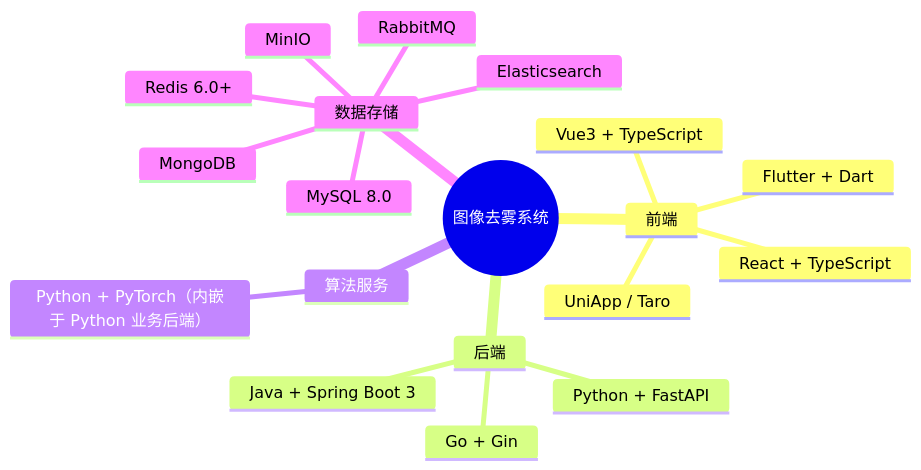
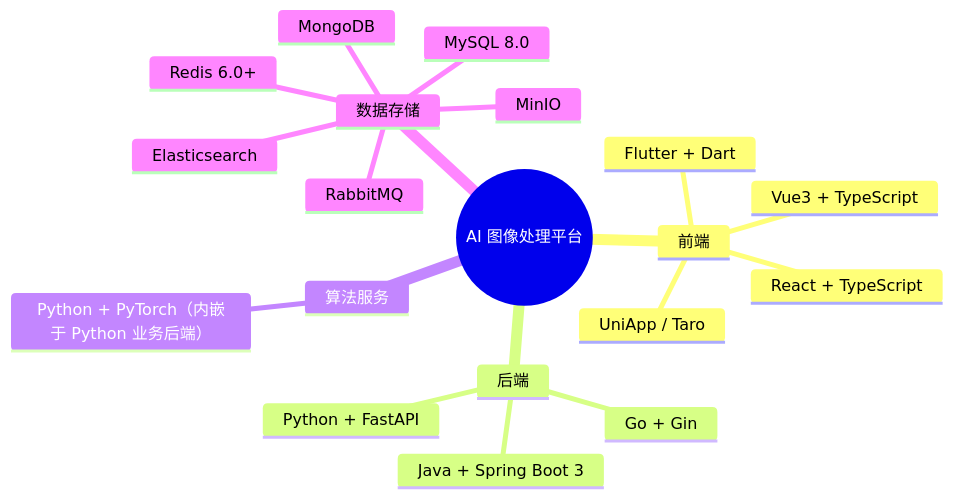
The diagram in dehaze-doc/docs/02-系统架构/02-环境与兼容性要求.md (earthy-zinc/dehaze-system), drawn with Mermaid before and after one commit. The commit also changed other lines of this file and 239 other files, not shown here.

````diff
--- a/dehaze-doc/docs/02-系统架构/02-环境与兼容性要求.md
+++ b/dehaze-doc/docs/02-系统架构/02-环境与兼容性要求.md
@@ -17,22 +17,22 @@
 ```mermaid
 mindmap
-  root((图像去雾系统))
+  root((AI 图像处理平台))
     前端
       Vue3 + TypeScript
       React + TypeScript
       Flutter + Dart
       UniApp / Taro
     后端
       Java + Spring Boot 3
       Go + Gin
       Python + FastAPI
     算法服务
       Python + PyTorch（内嵌于 Python 业务后端）
     数据存储
       MySQL 8.0
       Redis 6.0+
       MongoDB
       RabbitMQ
       Elasticsearch
       MinIO
 ```
````
